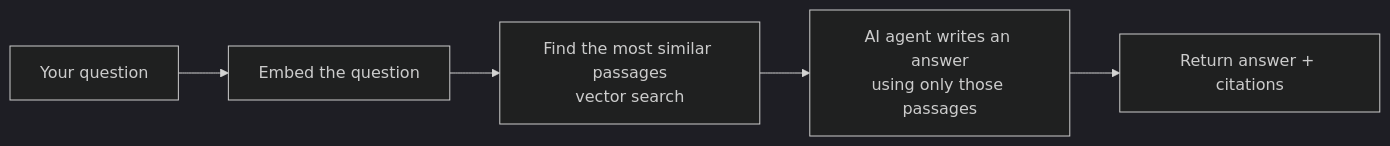
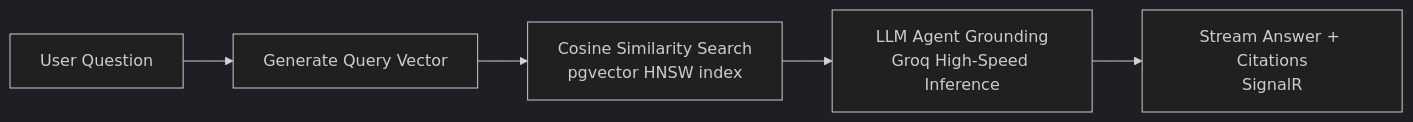
One commit to arvind05094/kiwiMind changed the third of 3 diagrams in README.md. Above: the diagram before and after it, drawn with Mermaid (dark theme). The commit also changed other lines of this file, not shown here.

Commit message:
docs: update README with live demo, architecture, and author profile links

````diff
--- a/README.md
+++ b/README.md
@@ -69,7 +77,7 @@
 ```mermaid
 flowchart LR
-    Q[Your question] --> E2[Embed the question]
-    E2 --> S[Find the most similar passages<br/>vector search]
-    S --> A[AI agent writes an answer<br/>using only those passages]
-    A --> C[Return answer + citations]
+    Q[User Question] --> V[Generate Query Vector]
+    V --> S[Cosine Similarity Search<br/>pgvector HNSW index]
+    S --> A[LLM Agent Grounding<br/>Groq High-Speed Inference]
+    A --> C[Stream Answer + Citations<br/>SignalR]
 ```
````
